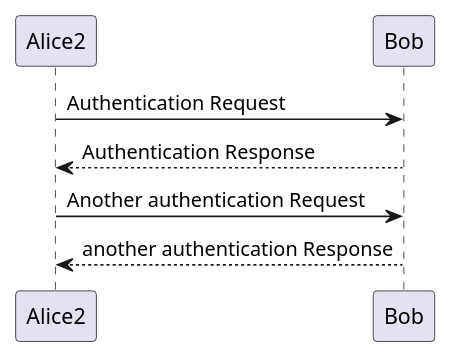
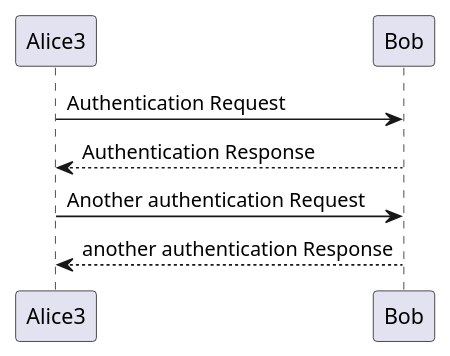
Before and after one commit to i-kay/plantuml-test: the diagram in src/example-uml.iuml, drawn with PlantUML. The commit also changed 2 other files, not shown here.

```diff
--- a/src/example-uml.iuml
+++ b/src/example-uml.iuml
@@ -1,7 +1,7 @@
 @startuml
-Alice2 -> Bob: Authentication Request
-Bob --> Alice2: Authentication Response
+Alice3 -> Bob: Authentication Request
+Bob --> Alice3: Authentication Response
 
-Alice2 -> Bob: Another authentication Request
-Alice2 <-- Bob: another authentication Response
+Alice3 -> Bob: Another authentication Request
+Alice3 <-- Bob: another authentication Response
 @enduml
```
